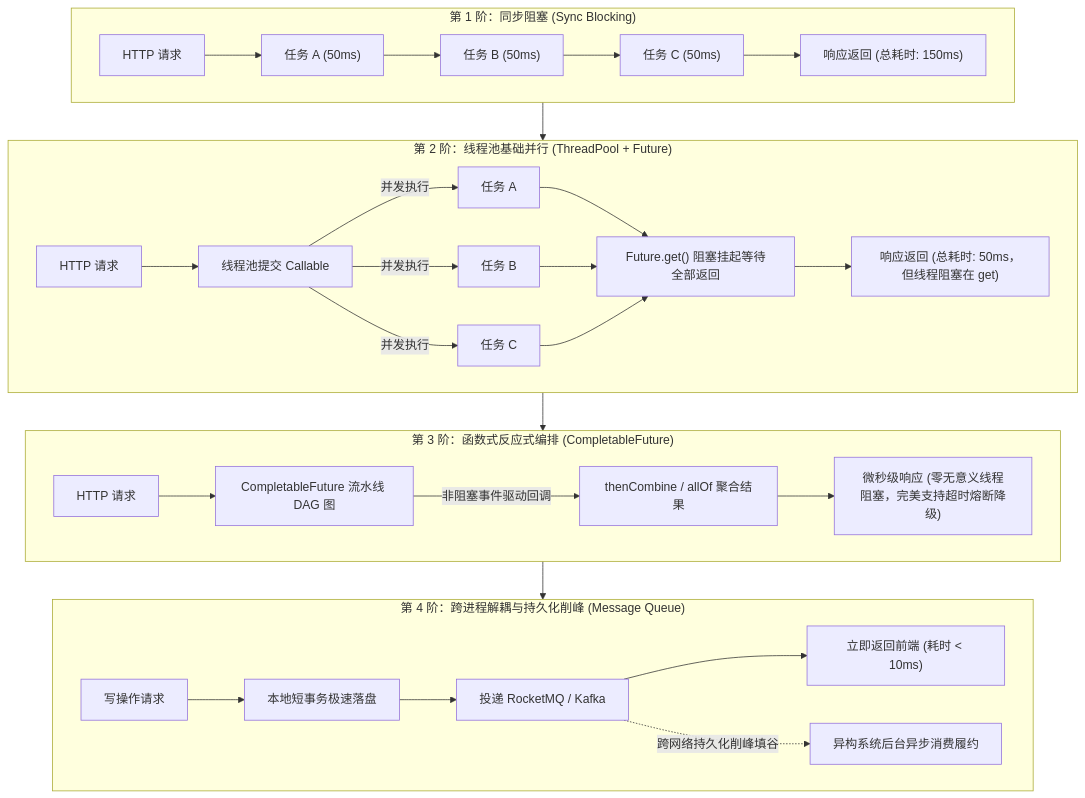
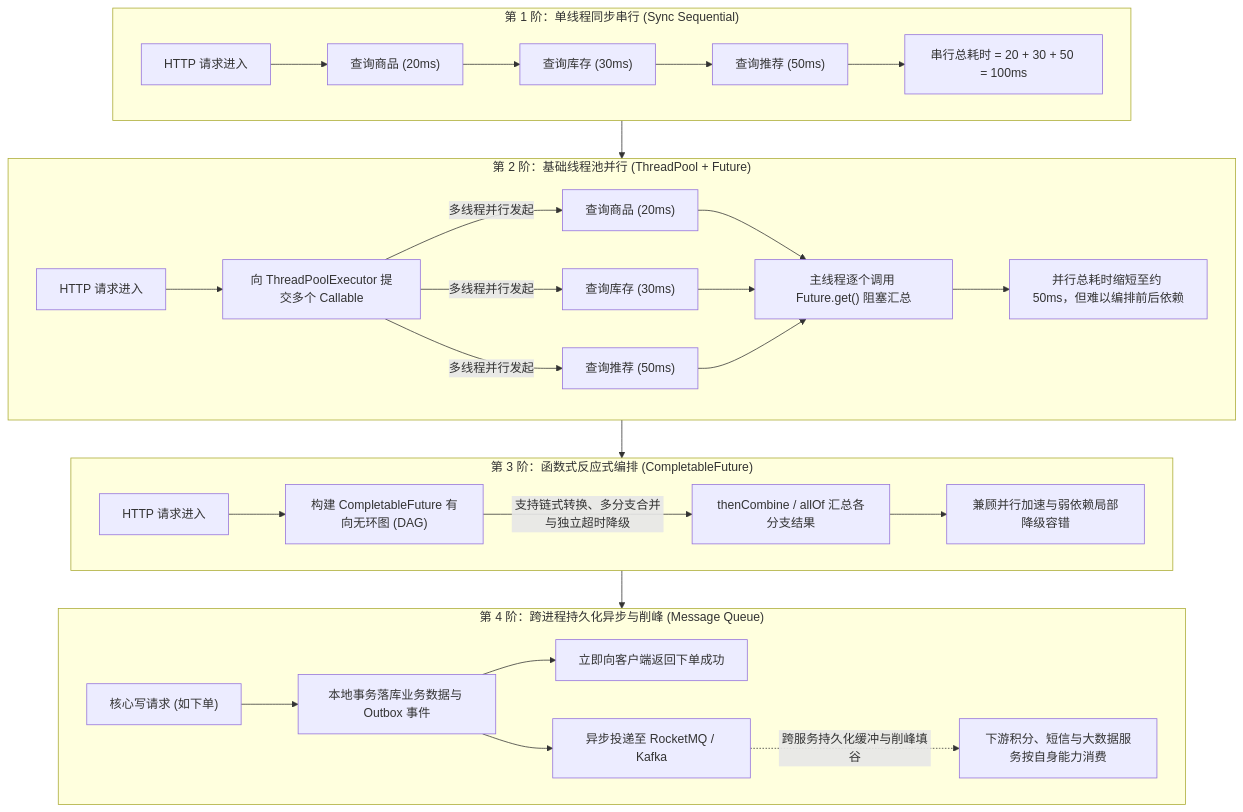
One commit to GuoWWWX/knowledge-base changed the diagram in 20-Java后端/10-知识串联与专题/06-线程池-CompletableFuture-MQ异步链路.md. Above: the diagram before and after it, drawn with Mermaid. The commit also changed other lines of this file and 251 other files, not shown here.

````diff
--- a/20-Java后端/10-知识串联与专题/06-线程池-CompletableFuture-MQ异步链路.md
+++ b/20-Java后端/10-知识串联与专题/06-线程池-CompletableFuture-MQ异步链路.md
@@ -30,31 +31,31 @@
 ```mermaid
 flowchart TD
-    subgraph Step1["第 1 阶：同步阻塞 (Sync Blocking)"]
-        Req1["HTTP 请求"] --> A1["任务 A (50ms)"] --> B1["任务 B (50ms)"] --> C1["任务 C (50ms)"]
-        C1 --> Resp1["响应返回 (总耗时: 150ms)"]
+    subgraph Step1["第 1 阶：单线程同步串行 (Sync Sequential)"]
+        Req1["HTTP 请求进入"] --> A1["查询商品 (20ms)"] --> B1["查询库存 (30ms)"] --> C1["查询推荐 (50ms)"]
+        C1 --> Resp1["串行总耗时 = 20 + 30 + 50 = 100ms"]
     end
 
-    subgraph Step2["第 2 阶：线程池基础并行 (ThreadPool + Future)"]
-        Req2["HTTP 请求"] --> PoolExec["线程池提交 Callable"]
-        PoolExec -->|"并发执行"| A2["任务 A"] & B2["任务 B"] & C2["任务 C"]
-        A2 & B2 & C2 --> FutureGet["Future.get() 阻塞挂起等待全部返回"]
-        FutureGet --> Resp2["响应返回 (总耗时: 50ms，但线程阻塞在 get)"]
+    subgraph Step2["第 2 阶：基础线程池并行 (ThreadPool + Future)"]
+        Req2["HTTP 请求进入"] --> PoolExec["向 ThreadPoolExecutor 提交多个 Callable"]
+        PoolExec -->|"多线程并行发起"| A2["查询商品 (20ms)"] & B2["查询库存 (30ms)"] & C2["查询推荐 (50ms)"]
+        A2 & B2 & C2 --> FutureGet["主线程逐个调用 Future.get() 阻塞汇总"]
+        FutureGet --> Resp2["并行总耗时缩短至约 50ms，但难以编排前后依赖"]
     end
 
     subgraph Step3["第 3 阶：函数式反应式编排 (CompletableFuture)"]
-        Req3["HTTP 请求"] --> CF_DAG["CompletableFuture 流水线 DAG 图"]
-        CF_DAG -->|"非阻塞事件驱动回调"| Combine["thenCombine / allOf 聚合结果"]
-        Combine --> Resp3["微秒级响应 (零无意义线程阻塞，完美支持超时熔断降级)"]
+        Req3["HTTP 请求进入"] --> CF_DAG["构建 CompletableFuture 有向无环图 (DAG)"]
+        CF_DAG -->|"支持链式转换、多分支合并与独立超时降级"| Combine["thenCombine / allOf 汇总各分支结果"]
+        Combine --> Resp3["兼顾并行加速与弱依赖局部降级容错"]
     end
 
-    subgraph Step4["第 4 阶：跨进程解耦与持久化削峰 (Message Queue)"]
-        Req4["写操作请求"] --> LocalDB["本地短事务极速落盘"]
-        LocalDB --> MQ_Producer["投递 RocketMQ / Kafka"]
-        MQ_Producer --> FastResp["立即返回前端 (耗时 < 10ms)"]
-        MQ_Producer -.->|"跨网络持久化削峰填谷"| MQ_Consumer["异构系统后台异步消费履约"]
+    subgraph Step4["第 4 阶：跨进程持久化异步与削峰 (Message Queue)"]
+        Req4["核心写请求 (如下单)"] --> LocalDB["本地事务落库业务数据与 Outbox 事件"]
+        LocalDB --> FastResp["立即向客户端返回下单成功"]
+        LocalDB --> MQ_Producer["异步投递至 RocketMQ / Kafka"]
+        MQ_Producer -.->|"跨服务持久化缓冲与削峰填谷"| MQ_Consumer["下游积分、短信与大数据服务按自身能力消费"]
     end
 
     Step1 --> Step2
     Step2 --> Step3
     Step3 --> Step4
 ```
````
